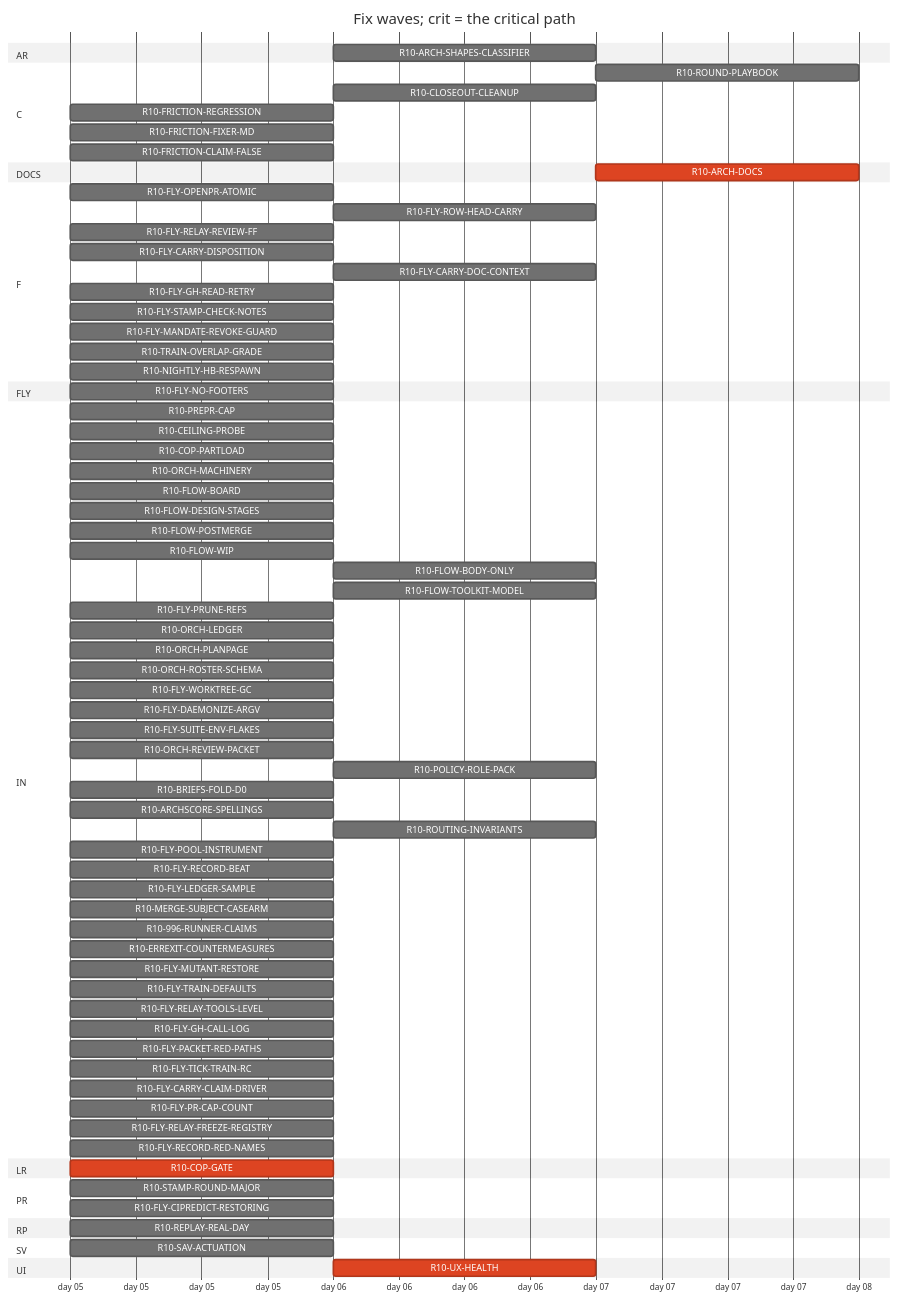
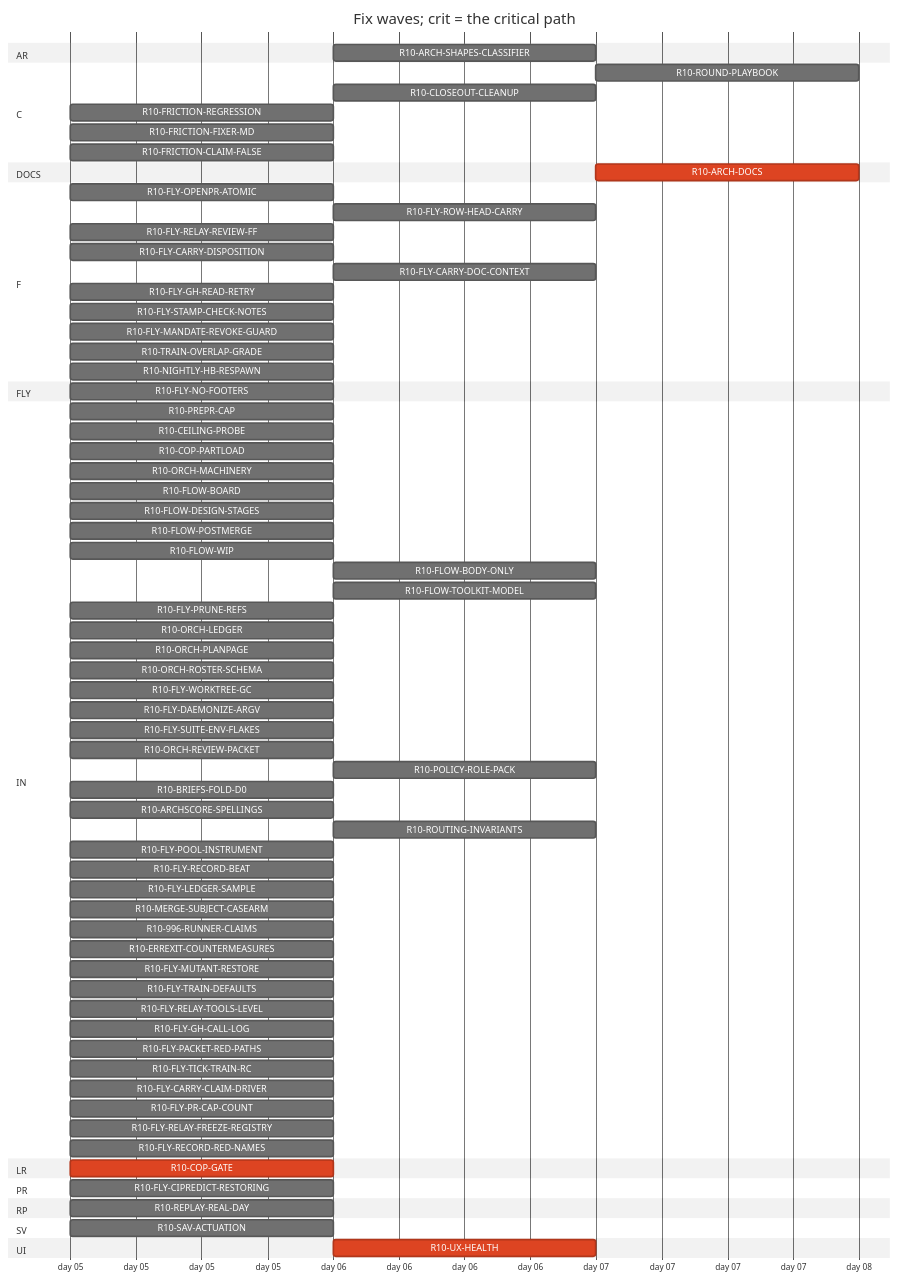
The diagram in handoff/round10/state/PLAN-TABLE.md (tvofi/heatpump_optimizer), drawn with Mermaid (neutral theme) before and after one commit. The commit also changed other lines of this file and 3 other files, not shown here.

Commit message:
state: FLOW-BOARD.md, NEXT-SESSION-PROMPT.md, PLAN-TABLE.md, RESUME-CURRENT.md regenerated (state_docs.py)

````diff
--- a/handoff/round10/state/PLAN-TABLE.md
+++ b/handoff/round10/state/PLAN-TABLE.md
@@ -24,79 +24,78 @@
 ```mermaid
 gantt
   title Fix waves; crit = the critical path
   dateFormat YYYY-MM-DD
   axisFormat day %d
   section AR
     R10-ARCH-SHAPES-CLASSIFIER :r10ARCHSHAPESCLASSIFIER, after r10996RUNNERCLAIMS, 1d
   section C
     R10-ROUND-PLAYBOOK :r10ROUNDPLAYBOOK, after r10ORCHLEDGER r10ORCHPLANPAGE r10FLYRELAYREVIEWFF r10FLOWBODYONLY, 1d
     R10-CLOSEOUT-CLEANUP :r10CLOSEOUTCLEANUP, after r10FLYPRUNEREFS r10FLYWORKTREEGC, 1d
     R10-FRICTION-REGRESSION :r10FRICTIONREGRESSION, 2026-01-05, 1d
     R10-FRICTION-FIXER-MD :r10FRICTIONFIXERMD, 2026-01-05, 1d
     R10-FRICTION-CLAIM-FALSE :r10FRICTIONCLAIMFALSE, 2026-01-05, 1d
   section DOCS
     R10-ARCH-DOCS :crit, r10ARCHDOCS, after r10COPGATE r10UXHEALTH r10CEILINGPROBE r10COPPARTLOAD r10FLOWBOARD r10FLOWDESIGNSTAGES r10FLOWPOSTMERGE r10FLOWWIP r10FLOWBODYONLY r10FLYOPENPRATOMIC r10FLYROWHEADCARRY r10FLYRELAYREVIEWFF r10FLYCARRYDISPOSITION r10FLYCARRYDOCCONTEXT r10FLOWTOOLKITMODEL r10FLYSTAMPCHECKNOTES r10FLYMANDATEREVOKEGUARD r10TRAINOVERLAPGRADE r10NIGHTLYHBRESPAWN r10FLYPRUNEREFS r10ORCHLEDGER r10ORCHPLANPAGE r10ORCHROSTERSCHEMA r10FLYWORKTREEGC r10FLYDAEMONIZEARGV r10ORCHREVIEWPACKET r10POLICYROLEPACK r10BRIEFSFOLDD0 r10REPLAYREALDAY r10ARCHSCORESPELLINGS r10SAVACTUATION r10FLYLEDGERSAMPLE, 1d
   section F
     R10-FLY-OPENPR-ATOMIC :r10FLYOPENPRATOMIC, 2026-01-05, 1d
     R10-FLY-ROW-HEAD-CARRY :r10FLYROWHEADCARRY, after r10FLYOPENPRATOMIC, 1d
     R10-FLY-RELAY-REVIEW-FF :r10FLYRELAYREVIEWFF, 2026-01-05, 1d
     R10-FLY-CARRY-DISPOSITION :r10FLYCARRYDISPOSITION, 2026-01-05, 1d
     R10-FLY-CARRY-DOC-CONTEXT :r10FLYCARRYDOCCONTEXT, after r10FLYGHREADRETRY, 1d
     R10-FLY-GH-READ-RETRY :r10FLYGHREADRETRY, 2026-01-05, 1d
     R10-FLY-STAMP-CHECK-NOTES :r10FLYSTAMPCHECKNOTES, 2026-01-05, 1d
     R10-FLY-MANDATE-REVOKE-GUARD :r10FLYMANDATEREVOKEGUARD, 2026-01-05, 1d
     R10-TRAIN-OVERLAP-GRADE :r10TRAINOVERLAPGRADE, 2026-01-05, 1d
     R10-NIGHTLY-HB-RESPAWN :r10NIGHTLYHBRESPAWN, 2026-01-05, 1d
   section FLY
     R10-FLY-NO-FOOTERS :r10FLYNOFOOTERS, 2026-01-05, 1d
   section IN
     R10-PREPR-CAP :r10PREPRCAP, 2026-01-05, 1d
     R10-CEILING-PROBE :r10CEILINGPROBE, 2026-01-05, 1d
     R10-COP-PARTLOAD :r10COPPARTLOAD, 2026-01-05, 1d
     R10-ORCH-MACHINERY :r10ORCHMACHINERY, 2026-01-05, 1d
     R10-FLOW-BOARD :r10FLOWBOARD, 2026-01-05, 1d
     R10-FLOW-DESIGN-STAGES :r10FLOWDESIGNSTAGES, 2026-01-05, 1d
     R10-FLOW-POSTMERGE :r10FLOWPOSTMERGE, 2026-01-05, 1d
     R10-FLOW-WIP :r10FLOWWIP, 2026-01-05, 1d
     R10-FLOW-BODY-ONLY :r10FLOWBODYONLY, after r10FLYOPENPRATOMIC, 1d
     R10-FLOW-TOOLKIT-MODEL :r10FLOWTOOLKITMODEL, after r10ORCHPLANPAGE, 1d
     R10-FLY-PRUNE-REFS :r10FLYPRUNEREFS, 2026-01-05, 1d
     R10-ORCH-LEDGER :r10ORCHLEDGER, 2026-01-05, 1d
     R10-ORCH-PLANPAGE :r10ORCHPLANPAGE, 2026-01-05, 1d
     R10-ORCH-ROSTER-SCHEMA :r10ORCHROSTERSCHEMA, 2026-01-05, 1d
     R10-FLY-WORKTREE-GC :r10FLYWORKTREEGC, 2026-01-05, 1d
     R10-FLY-DAEMONIZE-ARGV :r10FLYDAEMONIZEARGV, 2026-01-05, 1d
     R10-FLY-SUITE-ENV-FLAKES :r10FLYSUITEENVFLAKES, 2026-01-05, 1d
     R10-ORCH-REVIEW-PACKET :r10ORCHREVIEWPACKET, 2026-01-05, 1d
     R10-POLICY-ROLE-PACK :r10POLICYROLEPACK, after r10FLOWDESIGNSTAGES, 1d
     R10-BRIEFS-FOLD-D0 :r10BRIEFSFOLDD0, 2026-01-05, 1d
     R10-ARCHSCORE-SPELLINGS :r10ARCHSCORESPELLINGS, 2026-01-05, 1d
     R10-ROUTING-INVARIANTS :r10ROUTINGINVARIANTS, after r10ORCHROSTERSCHEMA, 1d
     R10-FLY-POOL-INSTRUMENT :r10FLYPOOLINSTRUMENT, 2026-01-05, 1d
     R10-FLY-RECORD-BEAT :r10FLYRECORDBEAT, 2026-01-05, 1d
     R10-FLY-LEDGER-SAMPLE :r10FLYLEDGERSAMPLE, 2026-01-05, 1d
     R10-MERGE-SUBJECT-CASEARM :r10MERGESUBJECTCASEARM, 2026-01-05, 1d
     R10-996-RUNNER-CLAIMS :r10996RUNNERCLAIMS, 2026-01-05, 1d
     R10-ERREXIT-COUNTERMEASURES :r10ERREXITCOUNTERMEASURES, 2026-01-05, 1d
     R10-FLY-MUTANT-RESTORE :r10FLYMUTANTRESTORE, 2026-01-05, 1d
     R10-FLY-TRAIN-DEFAULTS :r10FLYTRAINDEFAULTS, 2026-01-05, 1d
     R10-FLY-RELAY-TOOLS-LEVEL :r10FLYRELAYTOOLSLEVEL, 2026-01-05, 1d
     R10-FLY-GH-CALL-LOG :r10FLYGHCALLLOG, 2026-01-05, 1d
     R10-FLY-PACKET-RED-PATHS :r10FLYPACKETREDPATHS, 2026-01-05, 1d
     R10-FLY-TICK-TRAIN-RC :r10FLYTICKTRAINRC, 2026-01-05, 1d
     R10-FLY-CARRY-CLAIM-DRIVER :r10FLYCARRYCLAIMDRIVER, 2026-01-05, 1d
     R10-FLY-PR-CAP-COUNT :r10FLYPRCAPCOUNT, 2026-01-05, 1d
     R10-FLY-RELAY-FREEZE-REGISTRY :r10FLYRELAYFREEZEREGISTRY, 2026-01-05, 1d
     R10-FLY-RECORD-RED-NAMES :r10FLYRECORDREDNAMES, 2026-01-05, 1d
   section LR
     R10-COP-GATE :crit, r10COPGATE, 2026-01-05, 1d
   section PR
-    R10-STAMP-ROUND-MAJOR :r10STAMPROUNDMAJOR, 2026-01-05, 1d
     R10-FLY-CIPREDICT-RESTORING :r10FLYCIPREDICTRESTORING, 2026-01-05, 1d
   section RP
     R10-REPLAY-REAL-DAY :r10REPLAYREALDAY, 2026-01-05, 1d
   section SV
     R10-SAV-ACTUATION :r10SAVACTUATION, 2026-01-05, 1d
   section UI
     R10-UX-HEALTH :crit, r10UXHEALTH, after r10COPGATE, 1d
 ```
````
